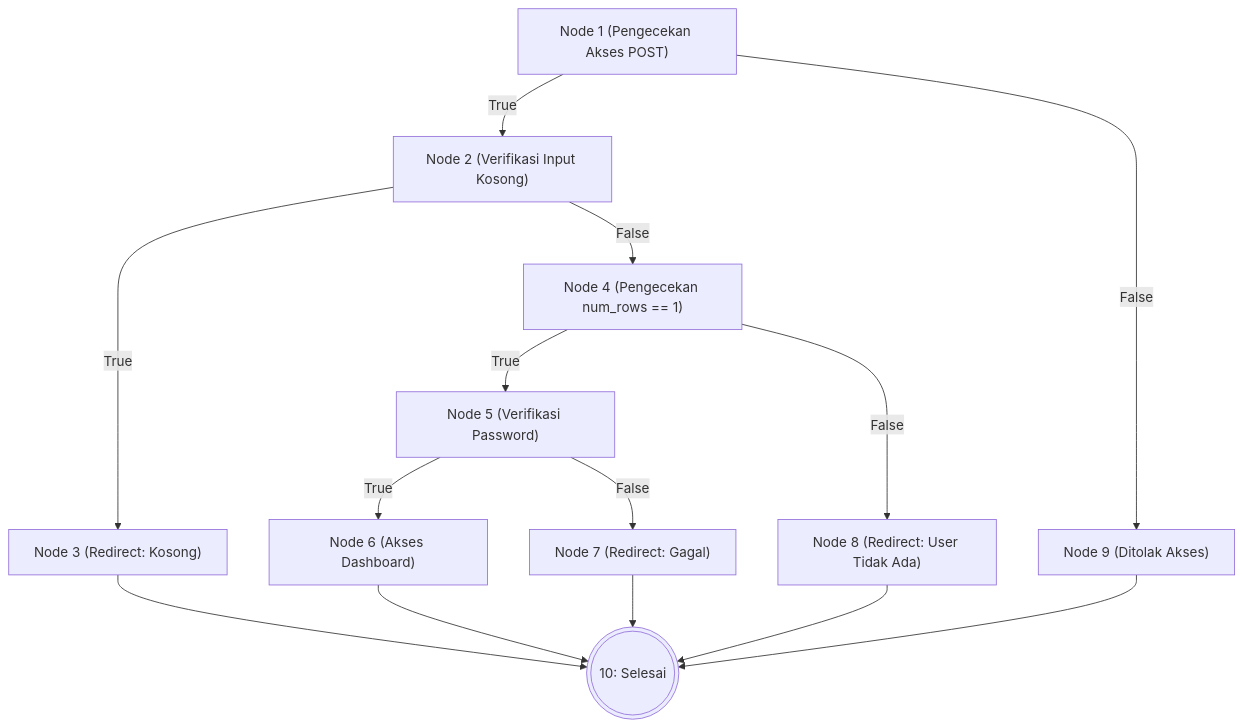
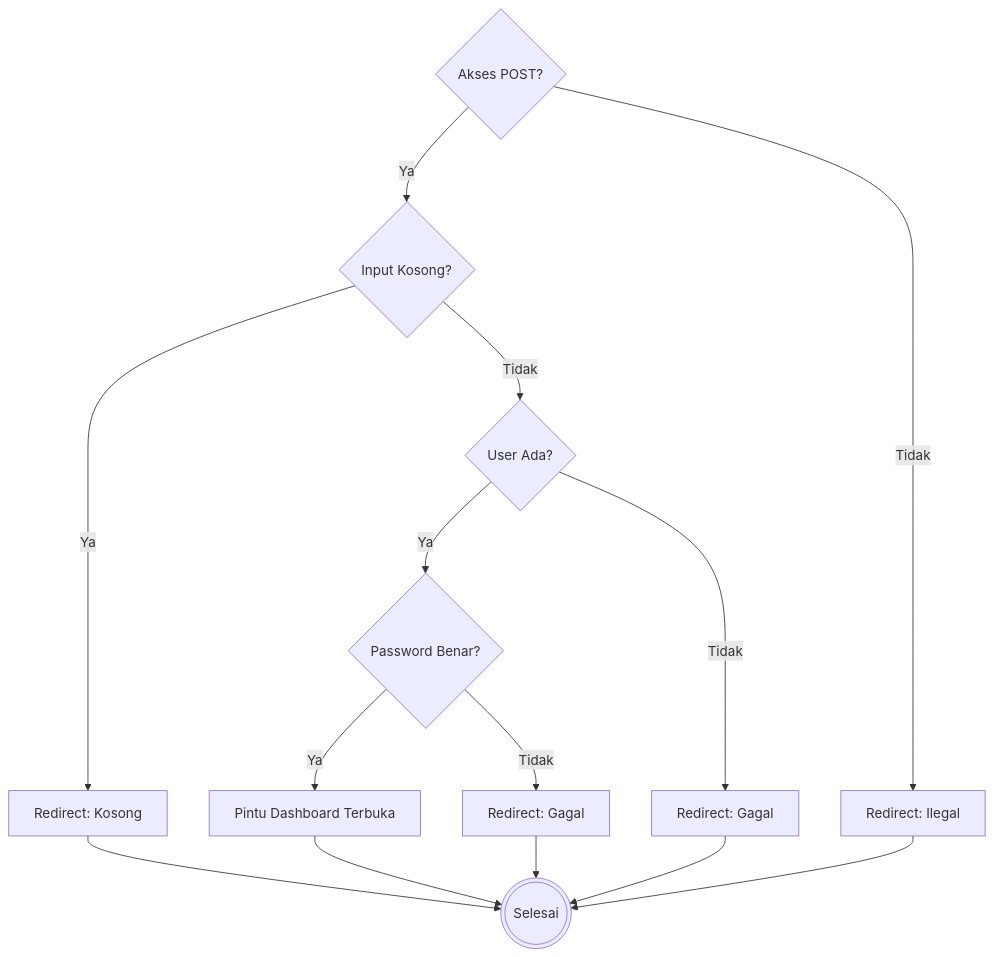
The first of 6 diagrams in docs/07_PENGUJIAN_WHITE_BOX.md (arbain-dev/Web_fikom), drawn with Mermaid before and after one commit. The commit also changed other lines of this file, not shown here.

Commit message:
Simplify Flowchart labels for better readability

````diff
--- a/docs/07_PENGUJIAN_WHITE_BOX.md
+++ b/docs/07_PENGUJIAN_WHITE_BOX.md
@@ -37,20 +37,20 @@
 ```mermaid
 flowchart TD
-    1["Node 1 (Pengecekan Akses POST)"] -->|True| 2["Node 2 (Verifikasi Input Kosong)"]
-    1 -->|False| 9["Node 9 (Ditolak Akses)"]
+    1{Akses POST?} -->|Ya| 2{Input Kosong?}
+    1 -->|Tidak| 9[Redirect: Ilegal]
     
-    2 -->|True| 3["Node 3 (Redirect: Kosong)"]
-    2 -->|False| 4["Node 4 (Pengecekan num_rows == 1)"]
+    2 -->|Ya| 3[Redirect: Kosong]
+    2 -->|Tidak| 4{User Ada?}
     
-    4 -->|True| 5["Node 5 (Verifikasi Password)"]
-    4 -->|False| 8["Node 8 (Redirect: User Tidak Ada)"]
+    4 -->|Ya| 5{Password Benar?}
+    4 -->|Tidak| 8[Redirect: Gagal]
     
-    5 -->|True| 6["Node 6 (Akses Dashboard)"]
-    5 -->|False| 7["Node 7 (Redirect: Gagal)"]
+    5 -->|Ya| 6[Pintu Dashboard Terbuka]
+    5 -->|Tidak| 7[Redirect: Gagal]
     
-    3 --> 10(((10: Selesai)))
+    3 --> 10(((Selesai)))
     6 --> 10
     7 --> 10
     8 --> 10
     9 --> 10
 ```
````
